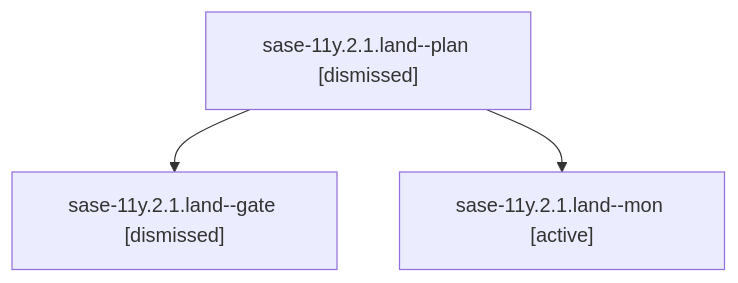
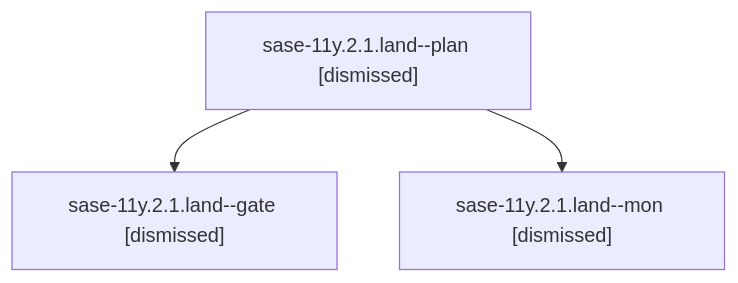
Before and after one commit to sase-org/sase--agents: the diagram in sessions/bbugyi200.athena.sase-11y.2.1.land.md, drawn with Mermaid. The commit also changed other lines of this file and 306 other files, not shown here.

````diff
--- a/sessions/bbugyi200.athena.sase-11y.2.1.land.md
+++ b/sessions/bbugyi200.athena.sase-11y.2.1.land.md
@@ -9,8 +9,8 @@
 ```mermaid
 flowchart TD
   n0["sase-11y.2.1.land--plan [dismissed]"]
   n1["sase-11y.2.1.land--gate [dismissed]"]
   n0 --> n1
-  n2["sase-11y.2.1.land--mon [active]"]
+  n2["sase-11y.2.1.land--mon [dismissed]"]
   n0 --> n2
 ```
````
